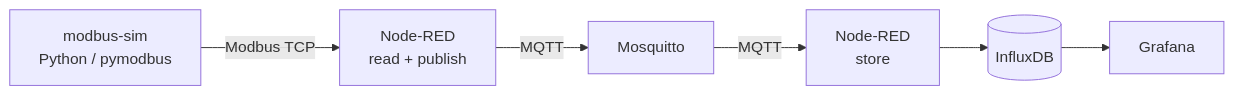
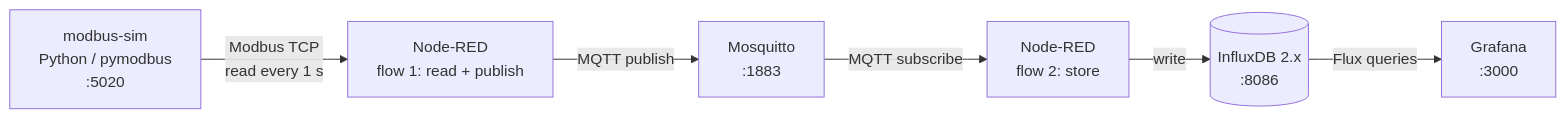
The diagram in README.md (Amen-Allah-Ben-Hamida/industrial-monitoring-pipeline), drawn with Mermaid before and after one commit. The commit also changed other lines of this file, not shown here.

Commit message:
docs: add full README with architecture, setup and limitations

````diff
--- a/README.md
+++ b/README.md
@@ -9,8 +8,8 @@
 ```mermaid
 flowchart LR
-  SIM["modbus-sim<br/>Python / pymodbus"] -- "Modbus TCP" --> NR1["Node-RED<br/>read + publish"]
-  NR1 -- "MQTT" --> MQ["Mosquitto"]
-  MQ -- "MQTT" --> NR2["Node-RED<br/>store"]
-  NR2 --> DB[("InfluxDB")]
-  DB --> G["Grafana"]
+  SIM["modbus-sim<br/>Python / pymodbus<br/>:5020"] -- "Modbus TCP<br/>read every 1 s" --> NR1["Node-RED<br/>flow 1: read + publish"]
+  NR1 -- "MQTT publish" --> MQ["Mosquitto<br/>:1883"]
+  MQ -- "MQTT subscribe" --> NR2["Node-RED<br/>flow 2: store"]
+  NR2 -- "write" --> DB[("InfluxDB 2.x<br/>:8086")]
+  DB -- "Flux queries" --> G["Grafana<br/>:3000"]
 ```
````
